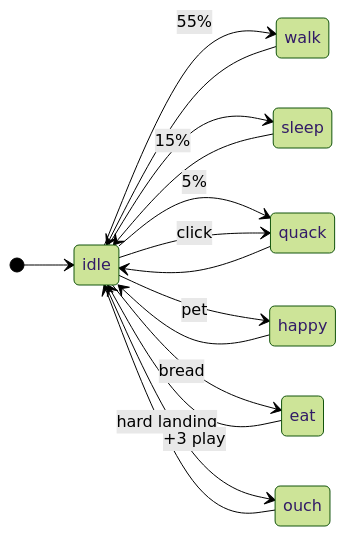
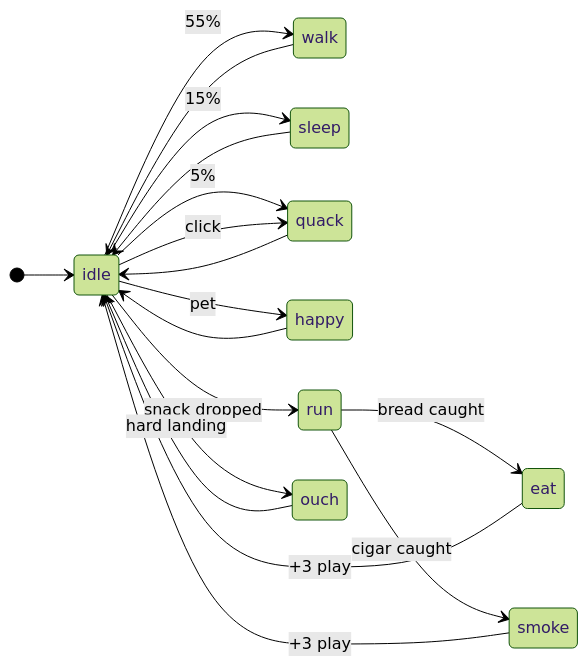
The third of 3 diagrams in README.md (Double-bited-Hamburger/DesktopBuddy), drawn with Mermaid (forest theme) before and after one commit. The commit also changed other lines of this file and 38 other files, not shown here.

First line of the commit message:
Snacks: carry bread or a cigar, the duck chases it down

````diff
--- a/README.md
+++ b/README.md
@@ -88,18 +88,21 @@
 ```mermaid
 stateDiagram-v2
     direction LR
     [*] --> idle
     idle --> walk: 55%
     idle --> sleep: 15%
     idle --> quack: 5%
     walk --> idle
     sleep --> idle
     idle --> quack: click
     idle --> happy: pet
-    idle --> eat: bread
+    idle --> run: snack dropped
+    run --> eat: bread caught
+    run --> smoke: cigar caught
     idle --> ouch: hard landing
     quack --> idle
     happy --> idle
     eat --> idle: +3 play
+    smoke --> idle: +3 play
     ouch --> idle
 ```
````
